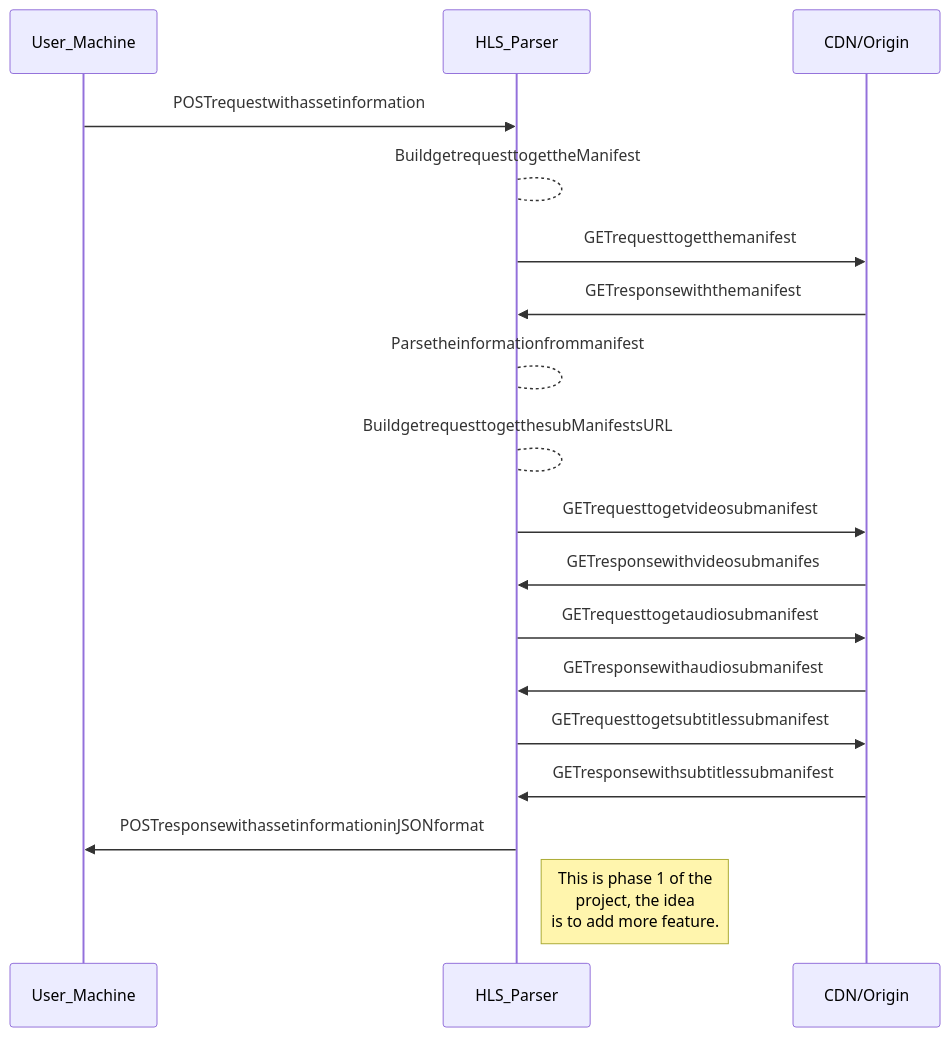
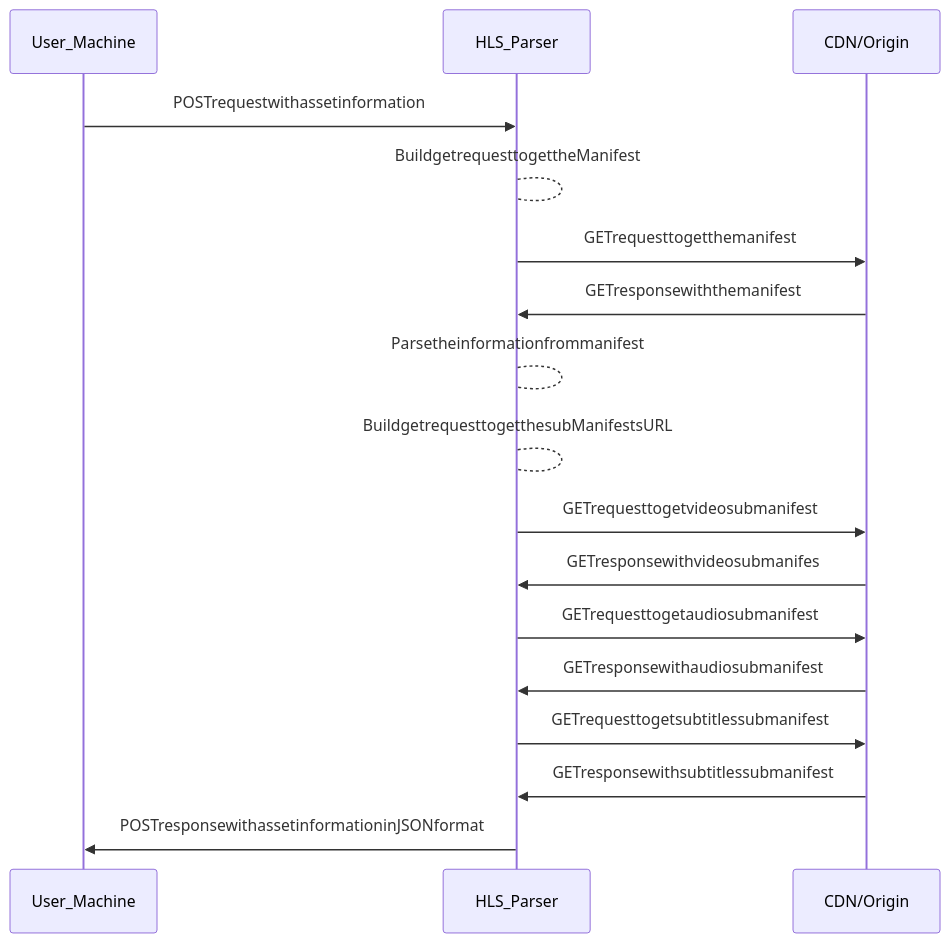
Before and after one commit to gioipez/ABRMonitoring: the diagram in README.md, drawn with Mermaid. The commit also changed other lines of this file and 7 other files, not shown here.

````diff
--- a/README.md
+++ b/README.md
@@ -12,21 +10,16 @@
 ```mermaid
-
 sequenceDiagram
-    participant User_Machine
-    participant HLS_Parser
-    participant CDN/Origin
-    User_Machine->>HLS_Parser:POSTrequestwithassetinformation
-    HLS_Parser-->HLS_Parser:BuildgetrequesttogettheManifest
-    HLS_Parser->>CDN/Origin:GETrequesttogetthemanifest
-    CDN/Origin->>HLS_Parser:GETresponsewiththemanifest
-    HLS_Parser-->HLS_Parser:Parsetheinformationfrommanifest
-    HLS_Parser-->HLS_Parser:BuildgetrequesttogetthesubManifestsURL
-    HLS_Parser->>CDN/Origin:GETrequesttogetvideosubmanifest
-    CDN/Origin->>HLS_Parser:GETresponsewithvideosubmanifes
-    HLS_Parser->>CDN/Origin:GETrequesttogetaudiosubmanifest
-    CDN/Origin->>HLS_Parser:GETresponsewithaudiosubmanifest
-    HLS_Parser->>CDN/Origin:GETrequesttogetsubtitlessubmanifest
-    CDN/Origin->>HLS_Parser:GETresponsewithsubtitlessubmanifest
-    HLS_Parser->>User_Machine:POSTresponsewithassetinformationinJSONformat
-    Note right of HLS_Parser: This is phase 1 of the<br> project, the idea <br> is to add more feature.
+User_Machine->>HLS_Parser:POSTrequestwithassetinformation
+HLS_Parser-->HLS_Parser:BuildgetrequesttogettheManifest
+HLS_Parser->>CDN/Origin:GETrequesttogetthemanifest
+CDN/Origin->>HLS_Parser:GETresponsewiththemanifest
+HLS_Parser-->HLS_Parser:Parsetheinformationfrommanifest
+HLS_Parser-->HLS_Parser:BuildgetrequesttogetthesubManifestsURL
+HLS_Parser->>CDN/Origin:GETrequesttogetvideosubmanifest
+CDN/Origin->>HLS_Parser:GETresponsewithvideosubmanifes
+HLS_Parser->>CDN/Origin:GETrequesttogetaudiosubmanifest
+CDN/Origin->>HLS_Parser:GETresponsewithaudiosubmanifest
+HLS_Parser->>CDN/Origin:GETrequesttogetsubtitlessubmanifest
+CDN/Origin->>HLS_Parser:GETresponsewithsubtitlessubmanifest
+HLS_Parser->>User_Machine:POSTresponsewithassetinformationinJSONformat
 ```
````
